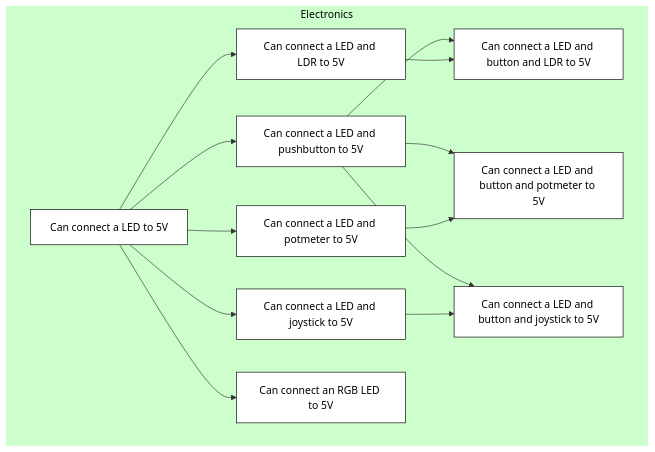
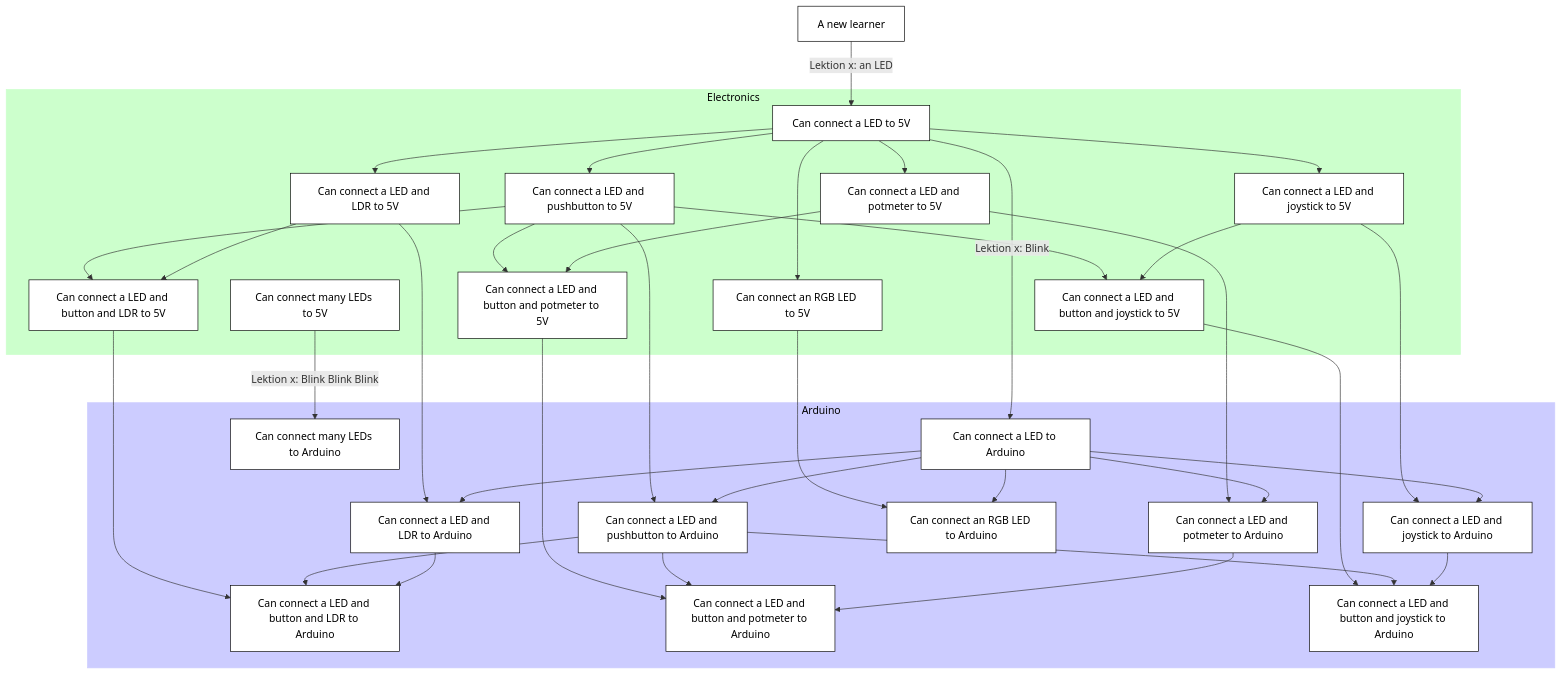
Before and after one commit to richelbilderbeek/arduino_foer_ungdomar: the diagram in learning_line.md, drawn with Mermaid.

Commit message:
Progress

````diff
--- a/learning_line.md
+++ b/learning_line.md
@@ -9,6 +9,8 @@
     %% Give a white background, instead of a transparent one
     classDef node fill:#fff,color:#000,stroke:#000
     classDef skill_node fill:#fff,color:#000,stroke:#000,stroke-width:4px
+
+    a_new_learner[A new learner]
 
     subgraph sub_electronics[Electronics]
       can_connect_a_led_to_5v[Can connect a LED to 5V]
@@ -19,9 +21,29 @@
       can_connect_a_led_and_button_and_ldr_to_5v[Can connect a LED and button and LDR to 5V]
       can_connect_a_led_and_button_and_potmeter_to_5v[Can connect a LED and button and potmeter to 5V]
       can_connect_a_led_and_button_and_joystick_to_5v[Can connect a LED and button and joystick to 5V]
+      can_connect_a_many_leds_to_5v[Can connect many LEDs to 5V]
       can_connect_an_rgb_led_to_5v[Can connect an RGB LED to 5V]
     end
     style sub_electronics fill:#cfc,color:#000,stroke:#cfc
+
+    subgraph sub_arduino[Arduino]
+      can_connect_a_led_to_arduino[Can connect a LED to Arduino]
+      can_connect_a_led_and_button_to_arduino[Can connect a LED and pushbutton to Arduino]
+      can_connect_a_led_and_ldr_to_arduino[Can connect a LED and LDR to Arduino]
+      can_connect_a_led_and_potmeter_to_arduino[Can connect a LED and potmeter to Arduino]
+      can_connect_a_led_and_joystick_to_arduino[Can connect a LED and joystick to Arduino]
+      can_connect_a_led_and_button_and_ldr_to_arduino[Can connect a LED and button and LDR to Arduino]
+      can_connect_a_led_and_button_and_potmeter_to_arduino[Can connect a LED and button and potmeter to Arduino]
+      can_connect_a_led_and_button_and_joystick_to_arduino[Can connect a LED and button and joystick to Arduino]
+      can_connect_a_many_leds_to_arduino[Can connect many LEDs to Arduino]
+      can_connect_an_rgb_led_to_arduino[Can connect an RGB LED to Arduino]
+    end
+    style sub_arduino fill:#ccf,color:#000,stroke:#ccf
+
+
+
+    %% A new learner
+    a_new_learner --> |Lektion x: an LED|can_connect_a_led_to_5v
 
     %% Electronics
     can_connect_a_led_to_5v --> can_connect_a_led_and_button_to_5v
@@ -35,4 +57,32 @@
     can_connect_a_led_and_button_to_5v --> can_connect_a_led_and_button_and_joystick_to_5v
     can_connect_a_led_and_joystick_to_5v --> can_connect_a_led_and_button_and_joystick_to_5v
     can_connect_a_led_to_5v --> can_connect_an_rgb_led_to_5v
+
+    %% Electronics is below Arduino
+    can_connect_a_led_and_button_and_joystick_to_5v ~~~ can_connect_a_led_to_arduino
+
+    %% Electronics to Arduino
+    can_connect_a_led_to_5v --> |Lektion x: Blink|can_connect_a_led_to_arduino
+    can_connect_a_led_and_button_and_joystick_to_5v --> can_connect_a_led_and_button_and_joystick_to_arduino
+    can_connect_a_led_and_button_and_ldr_to_5v --> can_connect_a_led_and_button_and_ldr_to_arduino
+    can_connect_a_led_and_button_and_potmeter_to_5v --> can_connect_a_led_and_button_and_potmeter_to_arduino
+    can_connect_a_led_and_button_to_5v --> can_connect_a_led_and_button_to_arduino
+    can_connect_a_led_and_joystick_to_5v --> can_connect_a_led_and_joystick_to_arduino
+    can_connect_a_led_and_ldr_to_5v --> can_connect_a_led_and_ldr_to_arduino
+    can_connect_a_led_and_potmeter_to_5v --> can_connect_a_led_and_potmeter_to_arduino
+    can_connect_a_many_leds_to_5v --> |Lektion x: Blink Blink Blink| can_connect_a_many_leds_to_arduino
+    can_connect_an_rgb_led_to_5v --> can_connect_an_rgb_led_to_arduino
+
+    %% Arduino
+    can_connect_a_led_to_arduino --> can_connect_a_led_and_button_to_arduino
+    can_connect_a_led_to_arduino --> can_connect_a_led_and_ldr_to_arduino
+    can_connect_a_led_to_arduino --> can_connect_a_led_and_potmeter_to_arduino
+    can_connect_a_led_to_arduino --> can_connect_a_led_and_joystick_to_arduino
+    can_connect_a_led_and_button_to_arduino --> can_connect_a_led_and_button_and_ldr_to_arduino
+    can_connect_a_led_and_ldr_to_arduino --> can_connect_a_led_and_button_and_ldr_to_arduino
+    can_connect_a_led_and_button_to_arduino --> can_connect_a_led_and_button_and_potmeter_to_arduino
+    can_connect_a_led_and_potmeter_to_arduino --> can_connect_a_led_and_button_and_potmeter_to_arduino
+    can_connect_a_led_and_button_to_arduino --> can_connect_a_led_and_button_and_joystick_to_arduino
+    can_connect_a_led_and_joystick_to_arduino --> can_connect_a_led_and_button_and_joystick_to_arduino
+    can_connect_a_led_to_arduino --> can_connect_an_rgb_led_to_arduino
 ```
````
